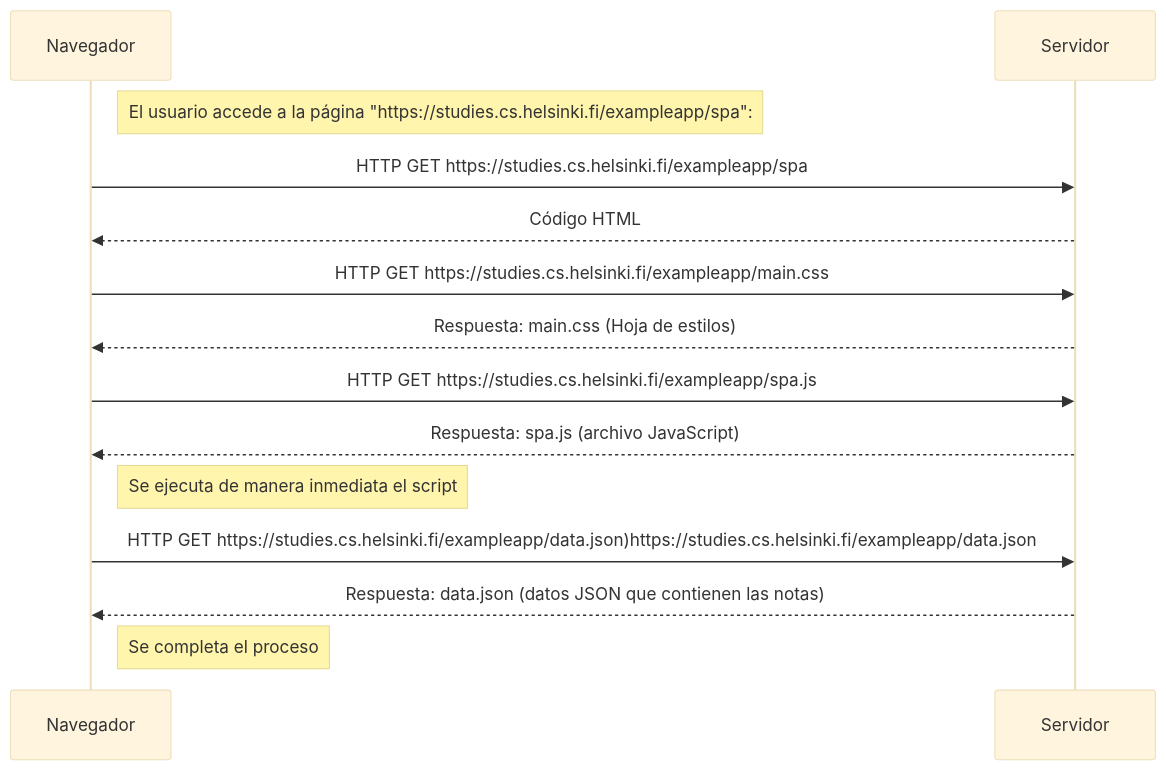
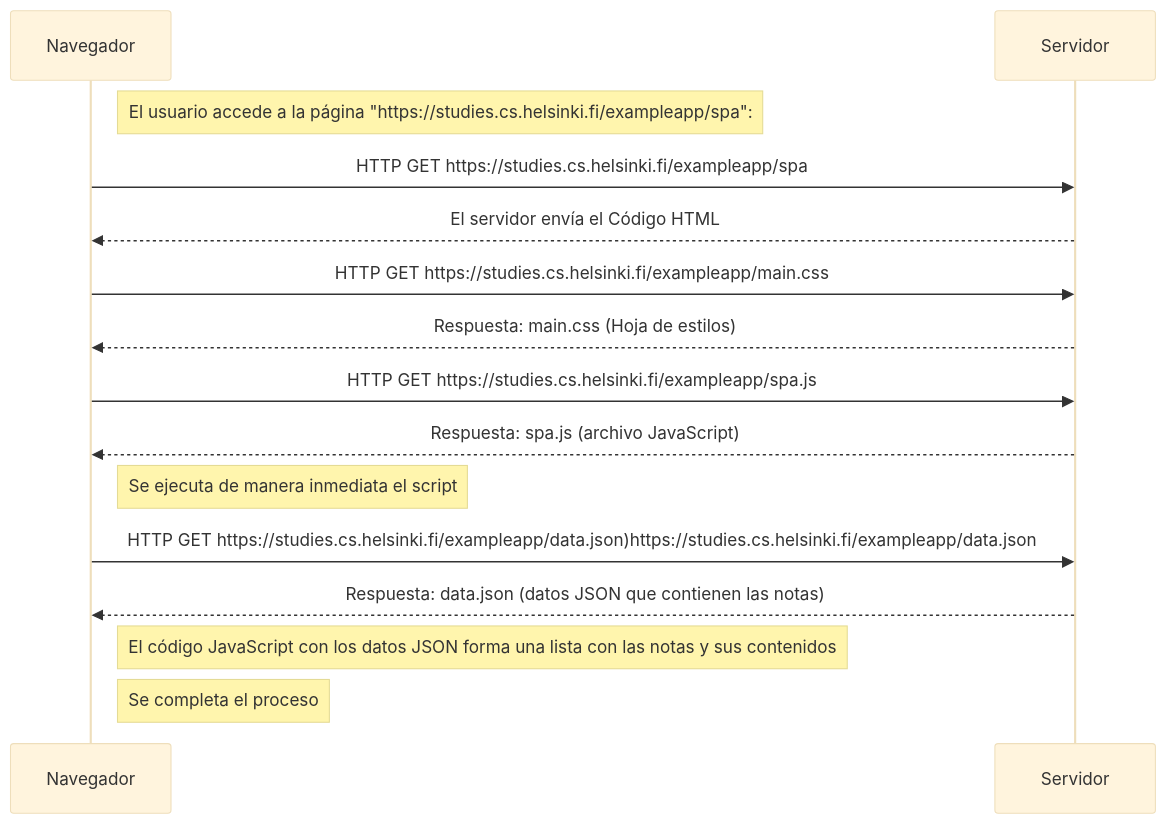
Before and after one commit to estebanrcr/FullStackOpen: the diagram in Part-0/05-Diagrama-app-una-sola-pagina.md, drawn with Mermaid (base theme).

````diff
--- a/Part-0/05-Diagrama-app-una-sola-pagina.md
+++ b/Part-0/05-Diagrama-app-una-sola-pagina.md
@@ -1,20 +1,22 @@
 ```mermaid
 sequenceDiagram
 Participant Navegador
 Participant Servidor
 
 Note right of Navegador: El usuario accede a la página "https://studies.cs.helsinki.fi/exampleapp/spa":
 Navegador ->>  Servidor: HTTP GET https://studies.cs.helsinki.fi/exampleapp/spa
-Servidor -->> Navegador: Código HTML
+Servidor -->> Navegador: El servidor envía el Código HTML
 Navegador ->>  Servidor: HTTP GET https://studies.cs.helsinki.fi/exampleapp/main.css
 Servidor -->> Navegador: Respuesta: main.css (Hoja de estilos)
 Navegador ->>  Servidor:  HTTP GET https://studies.cs.helsinki.fi/exampleapp/spa.js
 Servidor -->> Navegador: Respuesta: spa.js (archivo JavaScript)
 Note right of Navegador: Se ejecuta de manera inmediata el script
 
 Navegador ->>  Servidor: HTTP GET https://studies.cs.helsinki.fi/exampleapp/data.json)https://studies.cs.helsinki.fi/exampleapp/data.json
 Servidor -->> Navegador: Respuesta: data.json (datos JSON que contienen las notas)
+Note right of Navegador: El código JavaScript con los datos JSON forma una lista con las notas y sus contenidos
+
 
 Note right of Navegador: Se completa el proceso
 
 ```
````
